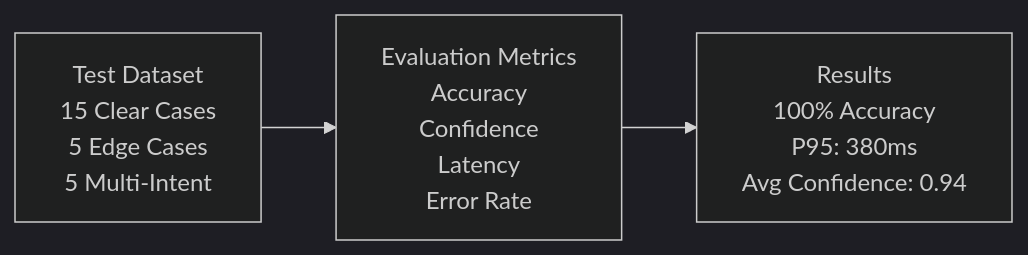
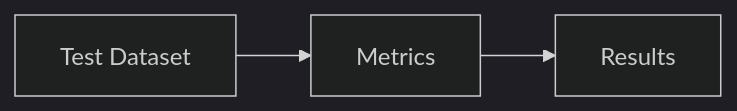
One commit to kvasilopoulos/contact-center changed the second of 3 diagrams in docs/evaluation.md. Above: the diagram before and after it, drawn with Mermaid (dark theme). The commit also changed other lines of this file and 14 other files, not shown here.

````diff
--- a/docs/evaluation.md
+++ b/docs/evaluation.md
@@ -42,5 +33,5 @@
 ```mermaid
 graph LR
-    Dataset[Test Dataset<br/>15 Clear Cases<br/>5 Edge Cases<br/>5 Multi-Intent] --> Metrics[Evaluation Metrics<br/>Accuracy<br/>Confidence<br/>Latency<br/>Error Rate]
-    Metrics --> Results[Results<br/>100% Accuracy<br/>P95: 380ms<br/>Avg Confidence: 0.94]
+    Dataset[Test Dataset] --> Metrics[Metrics]
+    Metrics --> Results[Results]
 ```
````
